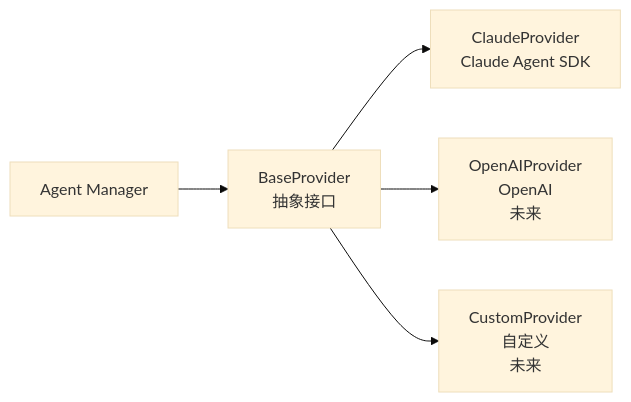
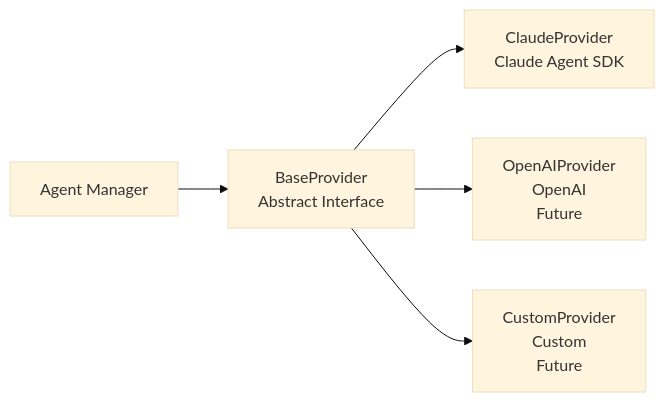
Before and after one commit to lchaoer/Polygents: the eighth of 10 diagrams in docs/design.md, drawn with Mermaid (base theme). The commit also changed other lines of this file and 4 other files, not shown here.

````diff
--- a/docs/design.md
+++ b/docs/design.md
@@ -615,7 +615,7 @@
 ```mermaid
 graph LR
-    AM[Agent Manager] --> PI[BaseProvider<br/>抽象接口]
+    AM[Agent Manager] --> PI[BaseProvider<br/>Abstract Interface]
     PI --> CP[ClaudeProvider<br/>Claude Agent SDK]
-    PI --> OP[OpenAIProvider<br/>OpenAI<br/>未来]
-    PI --> XP[CustomProvider<br/>自定义<br/>未来]
+    PI --> OP[OpenAIProvider<br/>OpenAI<br/>Future]
+    PI --> XP[CustomProvider<br/>Custom<br/>Future]
 ```
````
